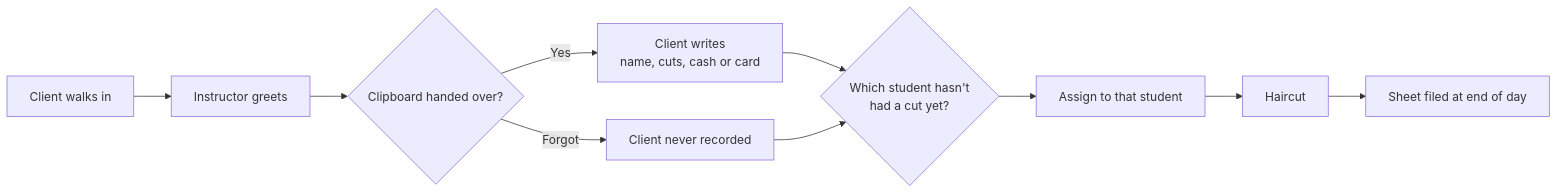
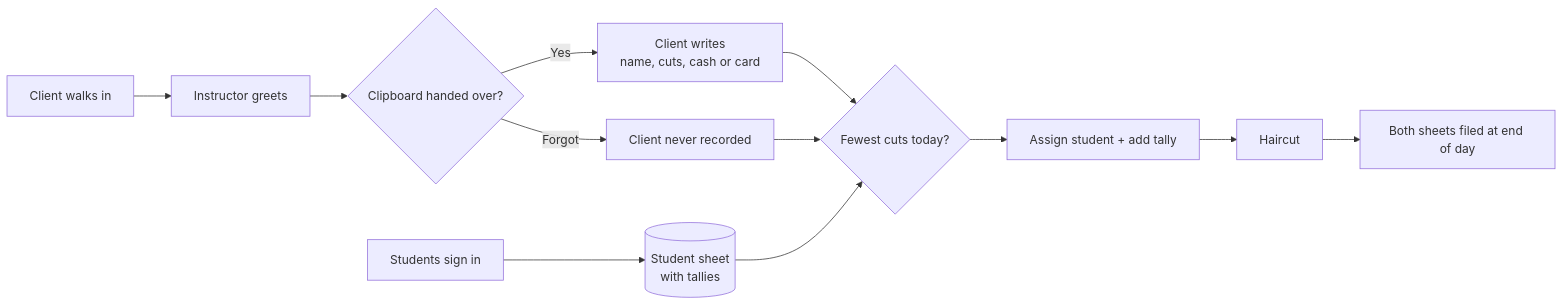
One commit to DevinCodes13/sop-automator changed the diagram in docs/discovery.md. Above: the diagram before and after it, drawn with Mermaid. The commit also changed other lines of this file, not shown here.

````diff
--- a/docs/discovery.md
+++ b/docs/discovery.md
@@ -21,12 +23,14 @@
 ```mermaid
 flowchart LR
+  S[Students sign in] --> T[(Student sheet<br/>with tallies)]
   A[Client walks in] --> B[Instructor greets]
   B --> C{"Clipboard handed over?"}
   C -- Yes --> D["Client writes<br/>name, cuts, cash or card"]
   C -- Forgot --> X["Client never recorded"]
-  D --> E{"Which student hasn't<br/>had a cut yet?"}
+  D --> E{"Fewest cuts today?"}
   X --> E
-  E --> F[Assign to that student]
+  T --> E
+  E --> F[Assign student + add tally]
   F --> G[Haircut]
-  G --> H[Sheet filed at end of day]
+  G --> H[Both sheets filed at end of day]
 ```
````
